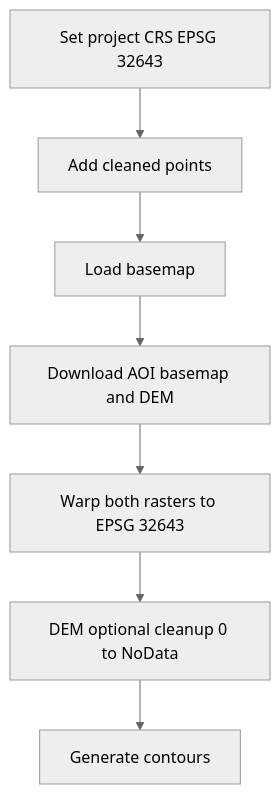
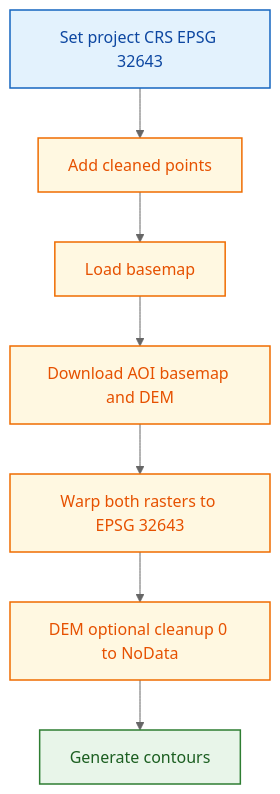
Before and after one commit to PrathamGitHub/Geo-CAD-Practical-Reference: the second of 3 diagrams in docs/practical-execution-guide.md, drawn with Mermaid (neutral theme). The commit also changed other lines of this file and 7 other files, not shown here.

Commit message:
Enhance documentation with updated flowcharts and class definitions for improved clarity and usability across AutoCAD Civil 3D, Excel 365, Google Earth Pro, OneDrive, and QGIS workflows.

````diff
--- a/docs/practical-execution-guide.md
+++ b/docs/practical-execution-guide.md
@@ -80,9 +99,18 @@
 ```mermaid
 flowchart TD
     A[Set project CRS EPSG 32643] --> B[Add cleaned points]
     B --> C[Load basemap]
     C --> D[Download AOI basemap and DEM]
     D --> E[Warp both rasters to EPSG 32643]
     E --> F[DEM optional cleanup 0 to NoData]
     F --> G[Generate contours]
+
+    classDef input fill:#e3f2fd,stroke:#1565c0,stroke-width:1.5px,color:#0d47a1;
+    classDef process fill:#fff8e1,stroke:#ef6c00,stroke-width:1.5px,color:#e65100;
+    classDef decision fill:#ffebee,stroke:#c62828,stroke-width:1.5px,color:#8e0000;
+    classDef output fill:#e8f5e9,stroke:#2e7d32,stroke-width:1.5px,color:#1b5e20;
+
+    class A input;
+    class B,C,D,E,F process;
+    class G output;
 ```
````
